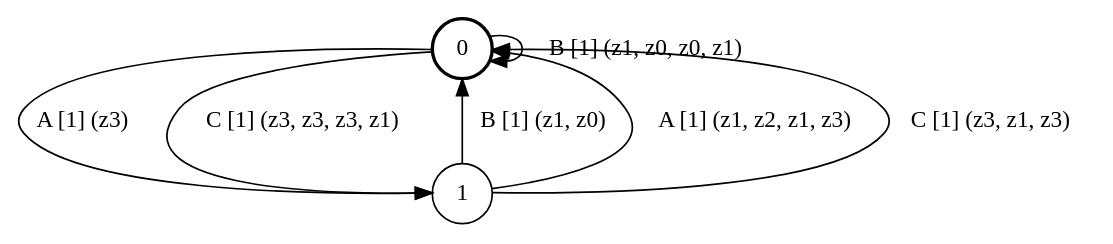
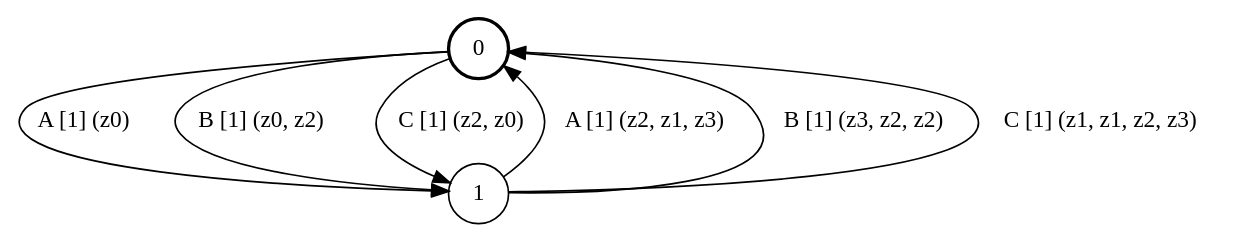
One commit to ulyantsev/EFSM-tools changed the diagram in qbf/testing/fsm_2s3e4a.dot. Above: the diagram before and after it, drawn with Graphviz. The commit also changed 812 other files, not shown here.

```diff
--- a/qbf/testing/fsm_2s3e4a.dot
+++ b/qbf/testing/fsm_2s3e4a.dot
@@ -1,12 +1,12 @@
 # generated file, don't try to modify
 # command: dot -Tpng <filename> > tree.png
 digraph Automaton {
     node [shape = circle];
     0 [style = "bold"];
-    0 -> 0 [label = "B [1] (z1, z0, z0, z1) "];
-    0 -> 1 [label = "A [1] (z3) "];
-    0 -> 1 [label = "C [1] (z3, z3, z3, z1) "];
-    1 -> 0 [label = "B [1] (z1, z0) "];
-    1 -> 0 [label = "A [1] (z1, z2, z1, z3) "];
-    1 -> 0 [label = "C [1] (z3, z1, z3) "];
+    0 -> 1 [label = "A [1] (z0) "];
+    0 -> 1 [label = "B [1] (z0, z2) "];
+    0 -> 1 [label = "C [1] (z2, z0) "];
+    1 -> 0 [label = "A [1] (z2, z1, z3) "];
+    1 -> 0 [label = "B [1] (z3, z2, z2) "];
+    1 -> 0 [label = "C [1] (z1, z1, z2, z3) "];
 }
```
